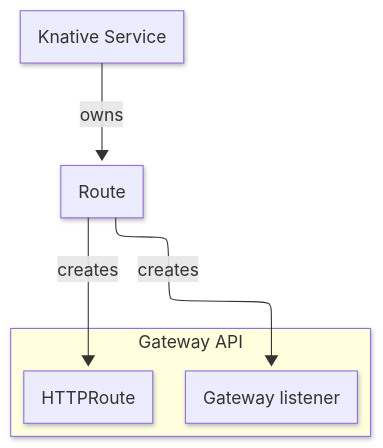
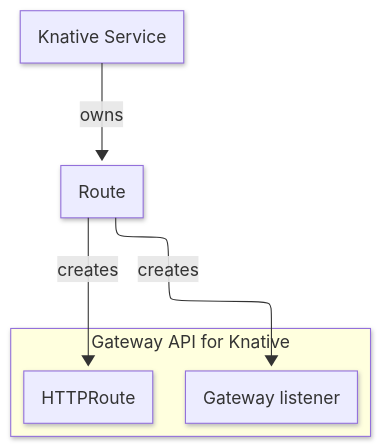
The fourth of 4 diagrams in docs/versioned/serving/config-network-adapters.md (knative/docs), drawn with Mermaid before and after one commit. The commit also changed other lines of this file, not shown here.

````diff
--- a/docs/versioned/serving/config-network-adapters.md
+++ b/docs/versioned/serving/config-network-adapters.md
@@ -94,15 +96,15 @@
     ```mermaid
     ---
     config:
       theme: default
       layout: elk
       look: neo
     ---
     flowchart TB
-     subgraph s1["Gateway API"]
+     subgraph s1["Gateway API for Knative"]
         HR["HTTPRoute"]
         GW["Gateway listener"]
       end
         KSvc["Knative Service"] -- owns --> Route["Route"]
         Route -- creates --> HR & GW
     ```
````
